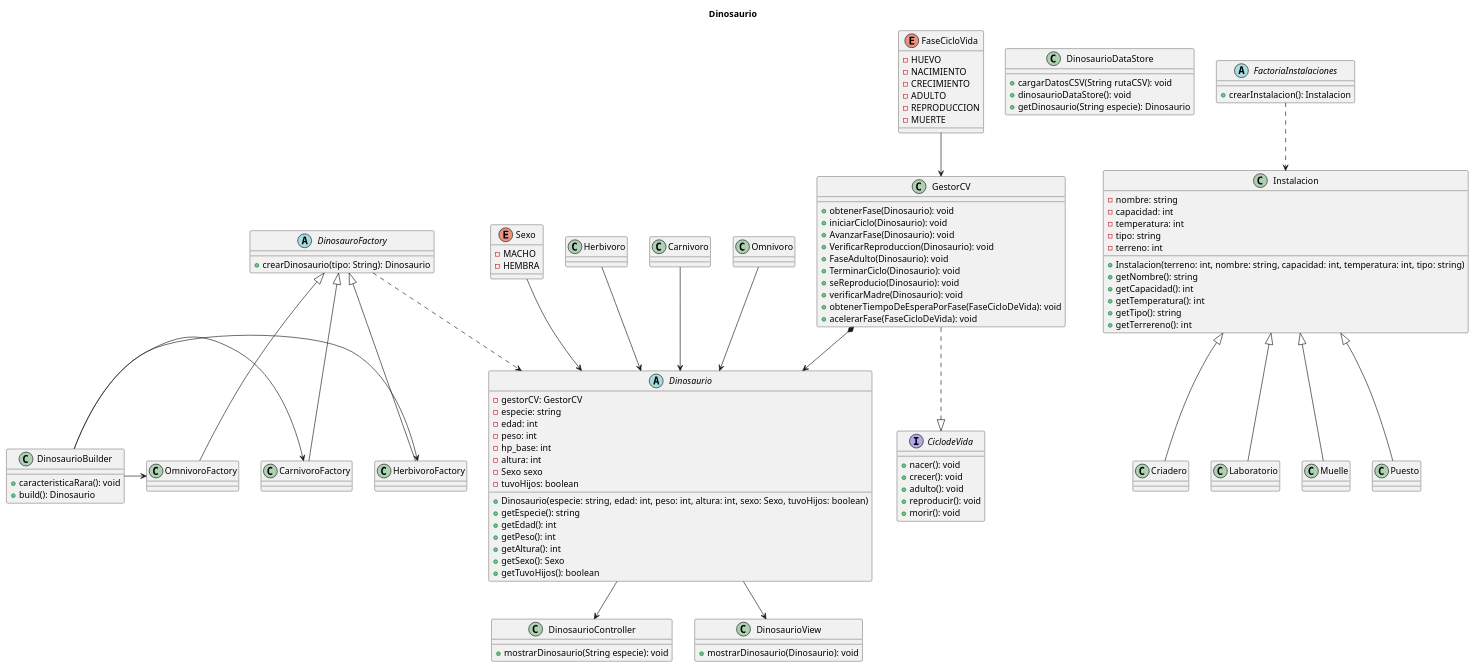
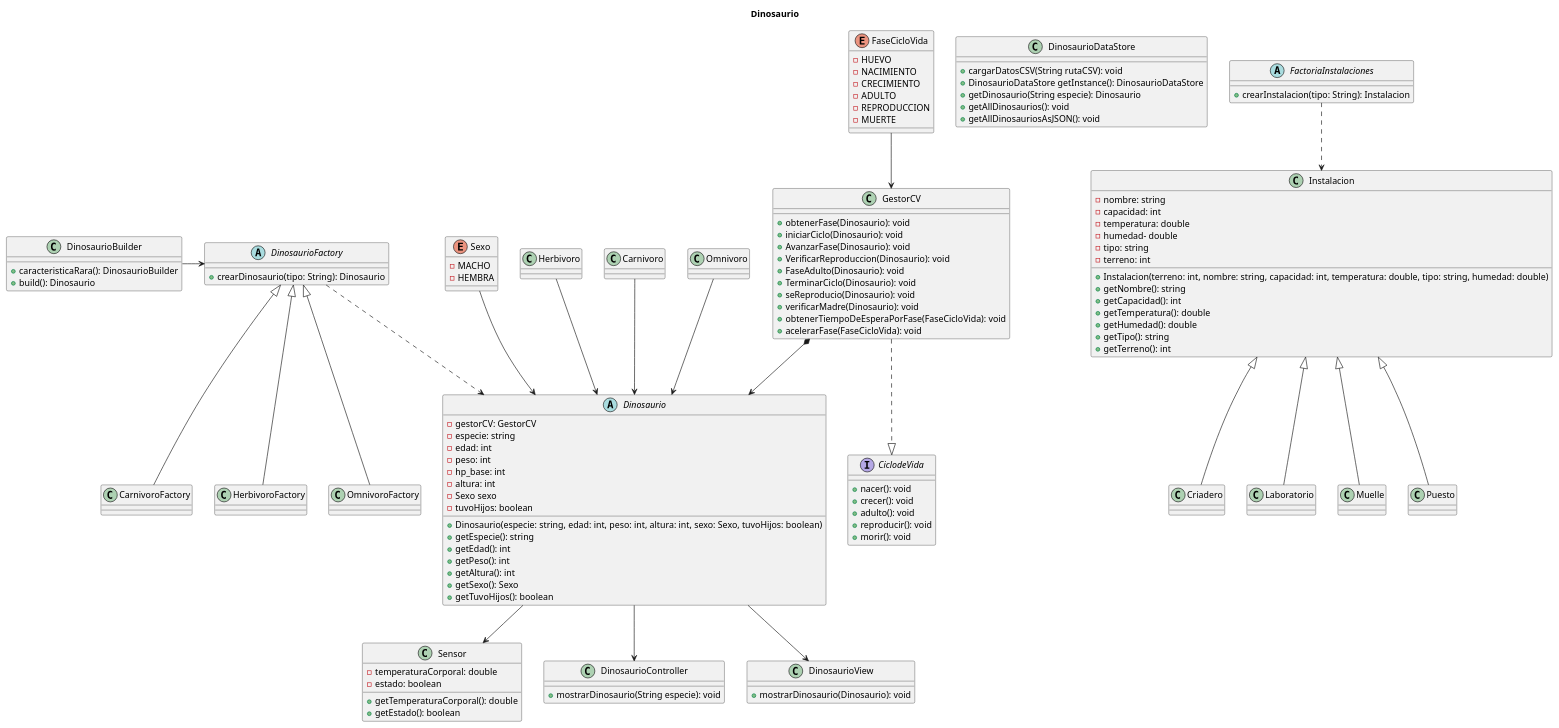
The diagram in uml/Dinosaurio.puml (sssdark302/JurassicPark), drawn with PlantUML before and after one commit. The commit also changed 5 other files, not shown here.

```diff
--- a/uml/Dinosaurio.puml
+++ b/uml/Dinosaurio.puml
@@ -1,119 +1,128 @@
 @startuml
 'https://plantuml.com/class-diagram
 title Dinosaurio
 
 abstract class Dinosaurio{
     -gestorCV: GestorCV
     -especie: string
     -edad: int
     -peso: int
     -hp_base: int
     -altura: int
     -Sexo sexo
     -tuvoHijos: boolean
     +Dinosaurio(especie: string, edad: int, peso: int, altura: int, sexo: Sexo, tuvoHijos: boolean)
     +getEspecie(): string
     +getEdad(): int
     +getPeso(): int
     +getAltura(): int
     +getSexo(): Sexo
     +getTuvoHijos(): boolean
 }
 enum Sexo{
     -MACHO
     -HEMBRA
 }
+
+class Sensor{
+    -temperaturaCorporal: double
+    -estado: boolean
+    +getTemperaturaCorporal(): double
+    +getEstado(): boolean
+}
 class DinosaurioController{
     +mostrarDinosaurio(String especie): void
 }
 class DinosaurioDataStore{
     +cargarDatosCSV(String rutaCSV): void
-    +dinosaurioDataStore(): void
+    +DinosaurioDataStore getInstance(): DinosaurioDataStore
     +getDinosaurio(String especie): Dinosaurio
+    +getAllDinosaurios(): void
+    +getAllDinosauriosAsJSON(): void
 }
 class DinosaurioView{
     +mostrarDinosaurio(Dinosaurio): void
 }
 
 class DinosaurioBuilder{
-    +caracteristicaRara(): void
+    +caracteristicaRara(): DinosaurioBuilder
     +build(): Dinosaurio
 }
 
-abstract class DinosauroFactory{
+abstract class DinosaurioFactory{
     +crearDinosaurio(tipo: String): Dinosaurio
 }
 
-class CarnivoroFactory extends DinosauroFactory{}
-class HerbivoroFactory extends DinosauroFactory{}
-class OmnivoroFactory extends DinosauroFactory{}
+class CarnivoroFactory extends DinosaurioFactory{}
+class HerbivoroFactory extends DinosaurioFactory{}
+class OmnivoroFactory extends DinosaurioFactory{}
 
 abstract class FactoriaInstalaciones{
-    +crearInstalacion(): Instalacion
+    +crearInstalacion(tipo: String): Instalacion
 }
 
 class Instalacion{
     -nombre: string
     -capacidad: int
-    -temperatura: int
+    -temperatura: double
+    -humedad- double
     -tipo: string
     -terreno: int
-    +Instalacion(terreno: int, nombre: string, capacidad: int, temperatura: int, tipo: string)
+    +Instalacion(terreno: int, nombre: string, capacidad: int, temperatura: double, tipo: string, humedad: double)
     +getNombre(): string
     +getCapacidad(): int
-    +getTemperatura(): int
+    +getTemperatura(): double
+    +getHumedad(): double
     +getTipo(): string
-    +getTerrereno(): int
+    +getTerreno(): int
 }
 
 class Criadero extends Instalacion{}
 class Laboratorio extends Instalacion{}
 class Muelle extends Instalacion{}
 class Puesto extends Instalacion{}
 
 interface CiclodeVida{
     +nacer(): void
     +crecer(): void
     +adulto(): void
     +reproducir(): void
     +morir(): void
 }
 
 class GestorCV{
     +obtenerFase(Dinosaurio): void
     +iniciarCiclo(Dinosaurio): void
     +AvanzarFase(Dinosaurio): void
     +VerificarReproduccion(Dinosaurio): void
     +FaseAdulto(Dinosaurio): void
     +TerminarCiclo(Dinosaurio): void
     +seReproducio(Dinosaurio): void
     +verificarMadre(Dinosaurio): void
-    +obtenerTiempoDeEsperaPorFase(FaseCicloDeVida): void
-    +acelerarFase(FaseCicloDeVida): void
+    +obtenerTiempoDeEsperaPorFase(FaseCicloVida): void
+    +acelerarFase(FaseCicloVida): void
 }
 
 enum FaseCicloVida{
     -HUEVO
     -NACIMIENTO
     -CRECIMIENTO
     -ADULTO
     -REPRODUCCION
     -MUERTE
 }
+Dinosaurio -->  Sensor
 Sexo --> Dinosaurio
 GestorCV *--> Dinosaurio
 Herbivoro --> Dinosaurio
 Carnivoro --> Dinosaurio
 Omnivoro --> Dinosaurio
 GestorCV ..|> CiclodeVida
-DinosauroFactory ..> Dinosaurio
-DinosaurioBuilder -> HerbivoroFactory
-DinosaurioBuilder -> CarnivoroFactory
-DinosaurioBuilder -> OmnivoroFactory
+DinosaurioFactory ..> Dinosaurio
+DinosaurioBuilder -> DinosaurioFactory
 FactoriaInstalaciones ..> Instalacion
 Dinosaurio --> DinosaurioController
 Dinosaurio --> DinosaurioView
 FaseCicloVida --> GestorCV
 
-
 @enduml
```
